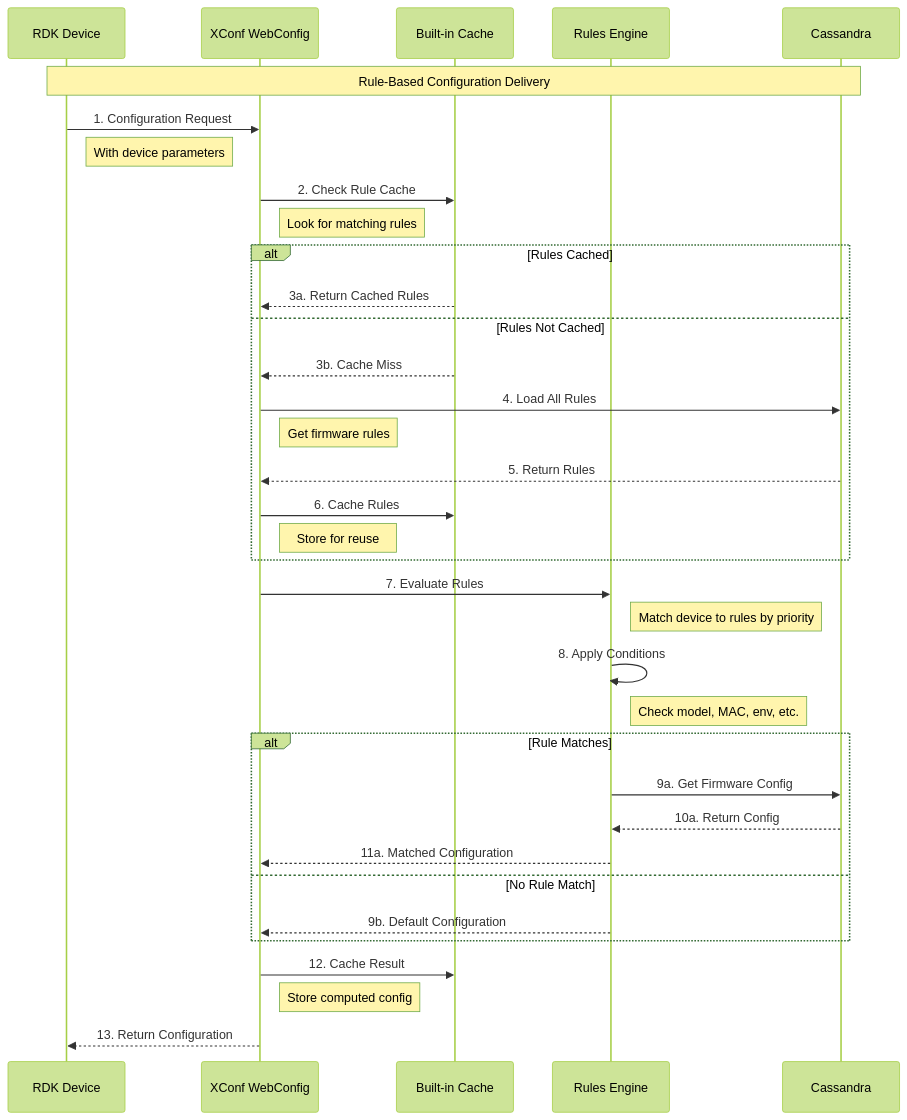
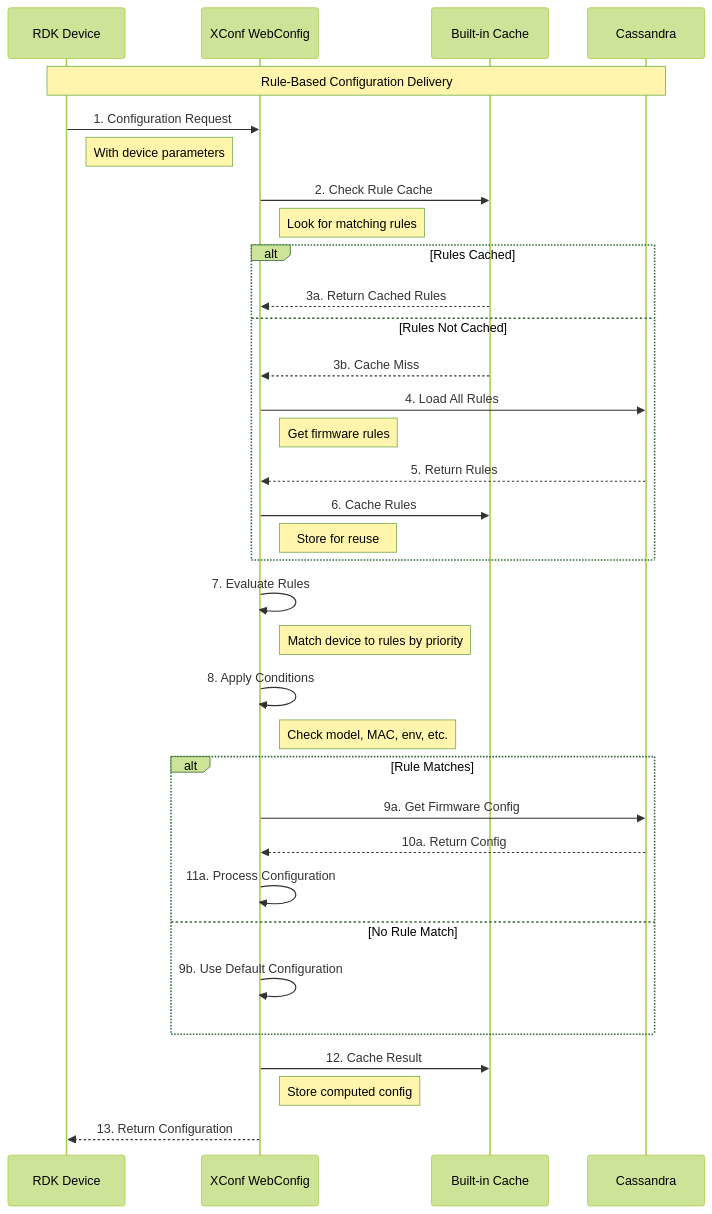
One commit to rdkcentral/xconfadmin changed the sixth of 7 diagrams in docs/architecture.md. Above: the diagram before and after it, drawn with Mermaid (forest theme). The commit also changed other lines of this file, not shown here.

````diff
--- a/docs/architecture.md
+++ b/docs/architecture.md
@@ -212,49 +209,48 @@
 ```mermaid
 sequenceDiagram
     participant Device as RDK Device
     participant WebConfig as XConf WebConfig
     participant Cache as Built-in Cache
-    participant Rules as Rules Engine
     participant DB as Cassandra
     
     Note over Device,DB: Rule-Based Configuration Delivery
     
     Device->>WebConfig: 1. Configuration Request
     Note right of Device: With device parameters
     
     WebConfig->>Cache: 2. Check Rule Cache
     Note right of WebConfig: Look for matching rules
     
     alt Rules Cached
         Cache-->>WebConfig: 3a. Return Cached Rules
     else Rules Not Cached
         Cache-->>WebConfig: 3b. Cache Miss
         
         WebConfig->>DB: 4. Load All Rules
         Note right of WebConfig: Get firmware rules
         
         DB-->>WebConfig: 5. Return Rules
         
         WebConfig->>Cache: 6. Cache Rules
         Note right of WebConfig: Store for reuse
     end
     
-    WebConfig->>Rules: 7. Evaluate Rules
-    Note right of Rules: Match device to rules by priority
+    WebConfig->>WebConfig: 7. Evaluate Rules
+    Note right of WebConfig: Match device to rules by priority
     
-    Rules->>Rules: 8. Apply Conditions
-    Note right of Rules: Check model, MAC, env, etc.
+    WebConfig->>WebConfig: 8. Apply Conditions
+    Note right of WebConfig: Check model, MAC, env, etc.
     
     alt Rule Matches
-        Rules->>DB: 9a. Get Firmware Config
-        DB-->>Rules: 10a. Return Config
-        Rules-->>WebConfig: 11a. Matched Configuration
+        WebConfig->>DB: 9a. Get Firmware Config
+        DB-->>WebConfig: 10a. Return Config
+        WebConfig->>WebConfig: 11a. Process Configuration
     else No Rule Match
-        Rules-->>WebConfig: 9b. Default Configuration
+        WebConfig->>WebConfig: 9b. Use Default Configuration
     end
     
     WebConfig->>Cache: 12. Cache Result
     Note right of WebConfig: Store computed config
     
     WebConfig-->>Device: 13. Return Configuration
 ```
````
